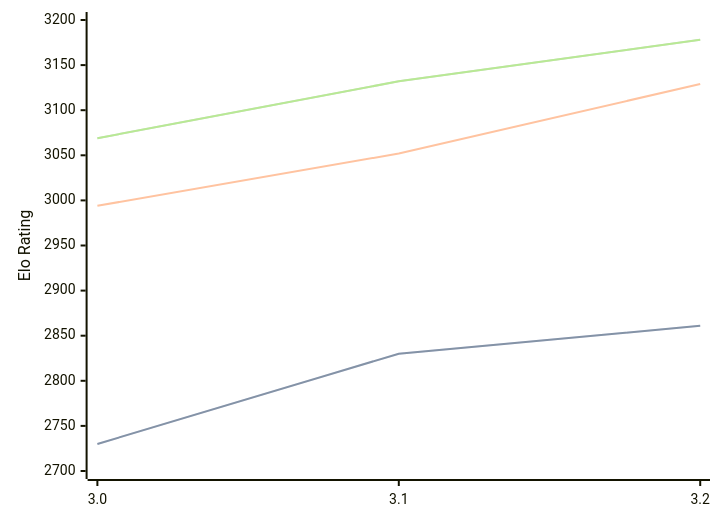
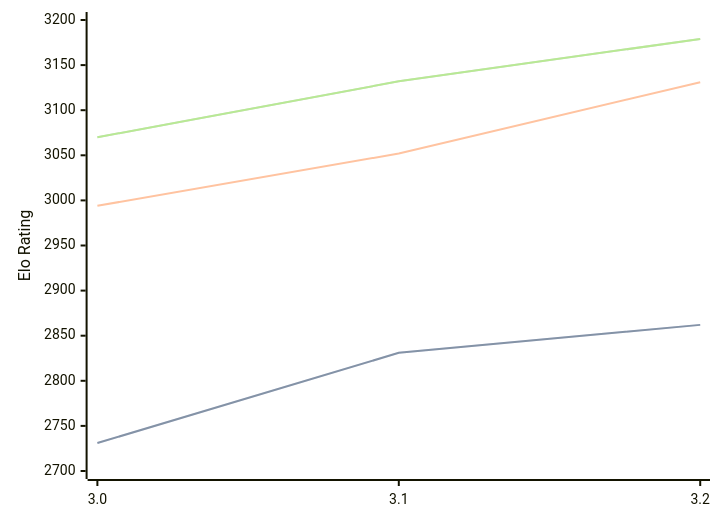
The diagram in engines/Vajolet2.md (computer-chess-index/cci), drawn with Mermaid before and after one commit. The commit also changed other lines of this file, not shown here.

Commit message:
Update CCI Ratings (ELO VLTC) - 2026-09-13

````diff
--- a/engines/Vajolet2.md
+++ b/engines/Vajolet2.md
@@ -33,11 +33,11 @@
 ```mermaid
 %%{init: {"theme":"base","themeVariables":{"seriesColors:['#a3a3a3','#222221','#faa371']}}}%%
 xychart-beta
   x-axis ["3.0", "3.1", "3.2"]
   y-axis "Elo Rating" 2700 --> 3200
-  line "" [2730, 2830, 2861]
-  line "STC (8.0+0.08s)" [2730, 2830, 2861]
-  line "LTC (60.0+0.60s)" [2994, 3052, 3129]
-  line "" [3069, 3132, 3178]
-  line "VLTC (2m24s+1.12s)" [3069, 3132, 3178]
+  line "" [2731, 2831, 2862]
+  line "STC (8.0+0.08s)" [2731, 2831, 2862]
+  line "LTC (60.0+0.60s)" [2994, 3052, 3131]
+  line "" [3070, 3132, 3179]
+  line "VLTC (2m24s+1.12s)" [3070, 3132, 3179]
 ```
````
